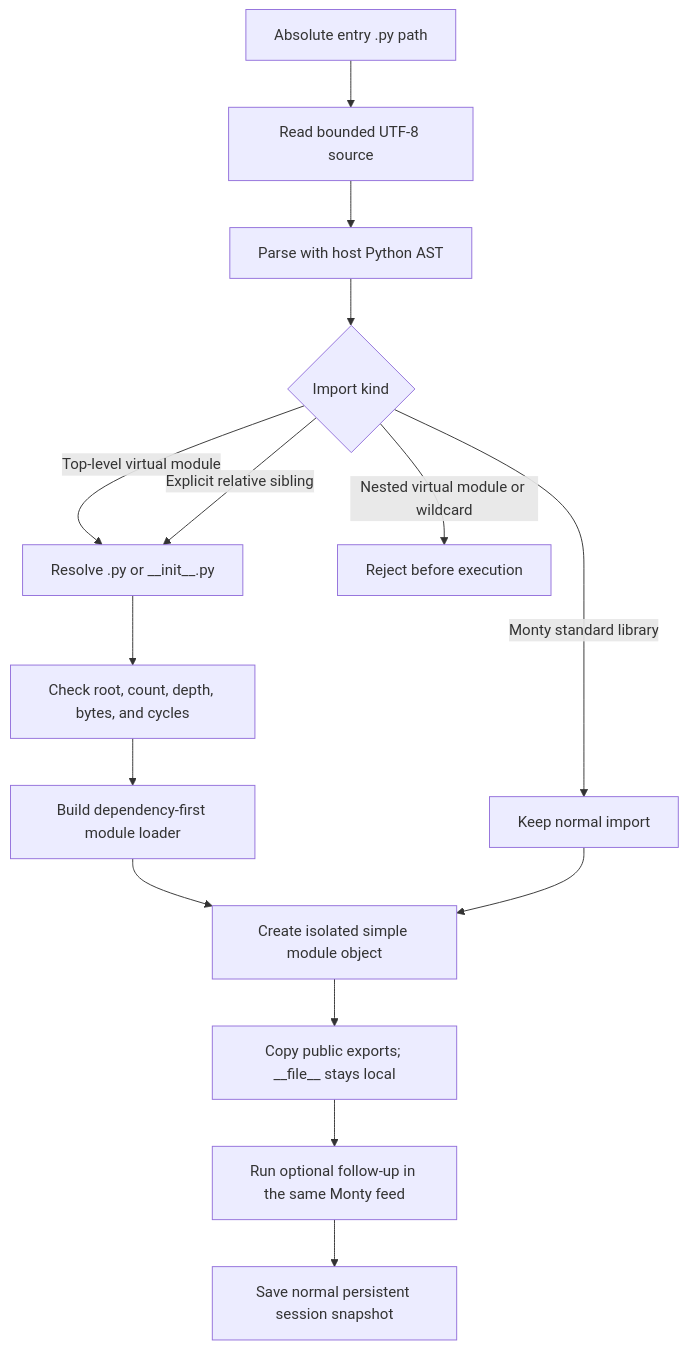
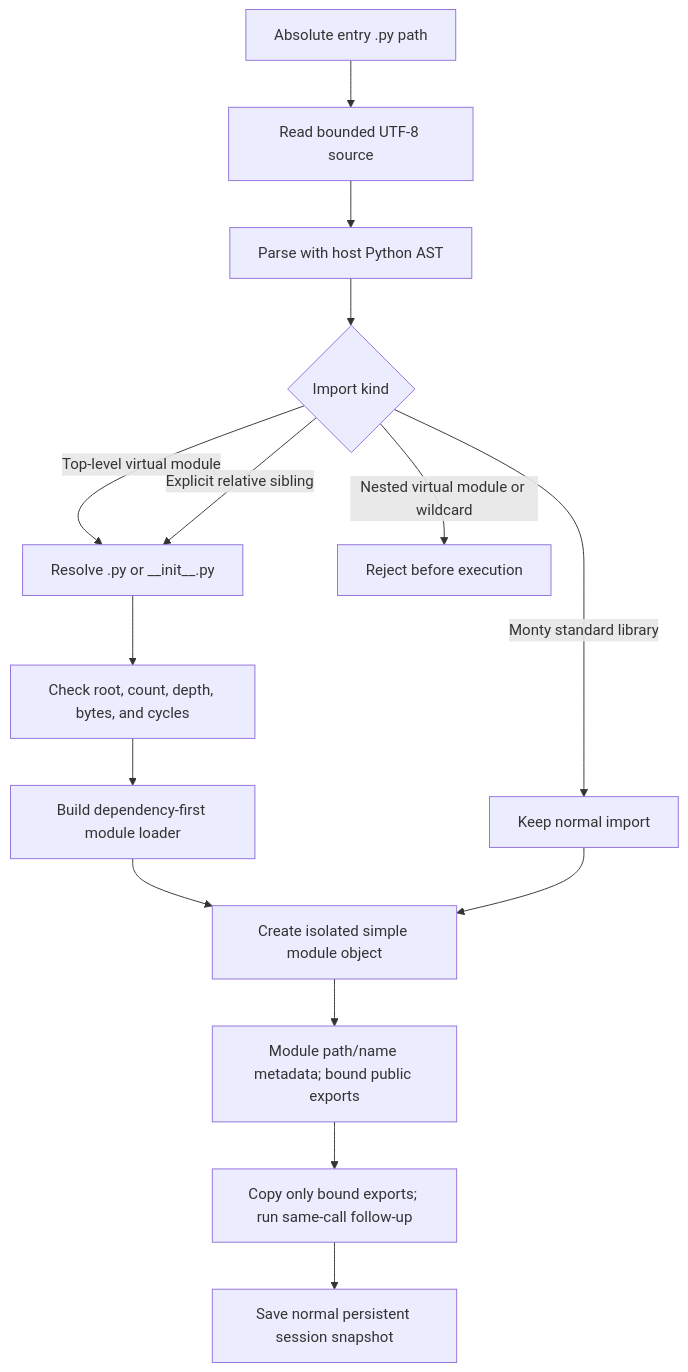
The diagram in docs/virtual-modules.md (sgaseretto/arenero), drawn with Mermaid before and after one commit. The commit also changed other lines of this file and 28 other files, not shown here.

````diff
--- a/docs/virtual-modules.md
+++ b/docs/virtual-modules.md
@@ -55,17 +55,17 @@
 ```mermaid
 flowchart TD
     Entry["Absolute entry .py path"] --> Read["Read bounded UTF-8 source"]
     Read --> Parse["Parse with host Python AST"]
     Parse --> Imports{"Import kind"}
     Imports -->|Monty standard library| Keep["Keep normal import"]
     Imports -->|Top-level virtual module| Resolve["Resolve .py or __init__.py"]
     Imports -->|Explicit relative sibling| Resolve
     Imports -->|Nested virtual module or wildcard| Reject["Reject before execution"]
     Resolve --> Limits["Check root, count, depth, bytes, and cycles"]
     Limits --> Dependency["Build dependency-first module loader"]
     Dependency --> Namespace["Create isolated simple module object"]
     Keep --> Namespace
-    Namespace --> Exports["Copy public exports; __file__ stays local"]
-    Exports --> Followup["Run optional follow-up in the same Monty feed"]
+    Namespace --> Exports["Module path/name metadata; bound public exports"]
+    Exports --> Followup["Copy only bound exports; run same-call follow-up"]
     Followup --> Snapshot["Save normal persistent session snapshot"]
 ```
````
